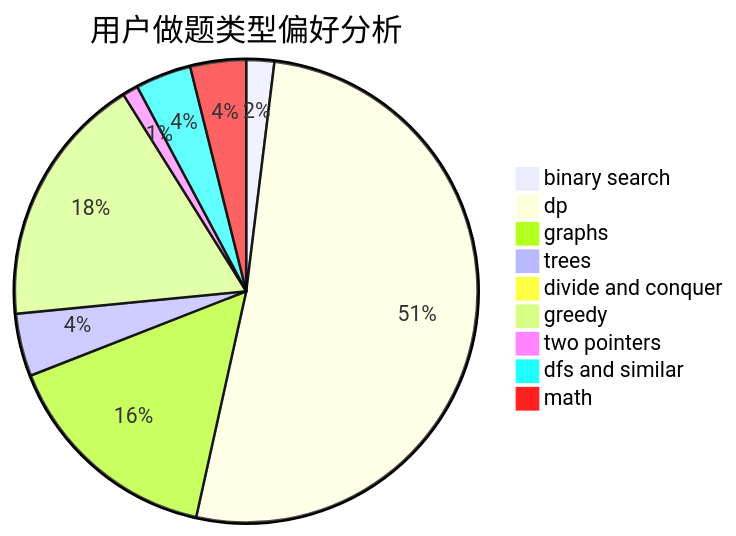
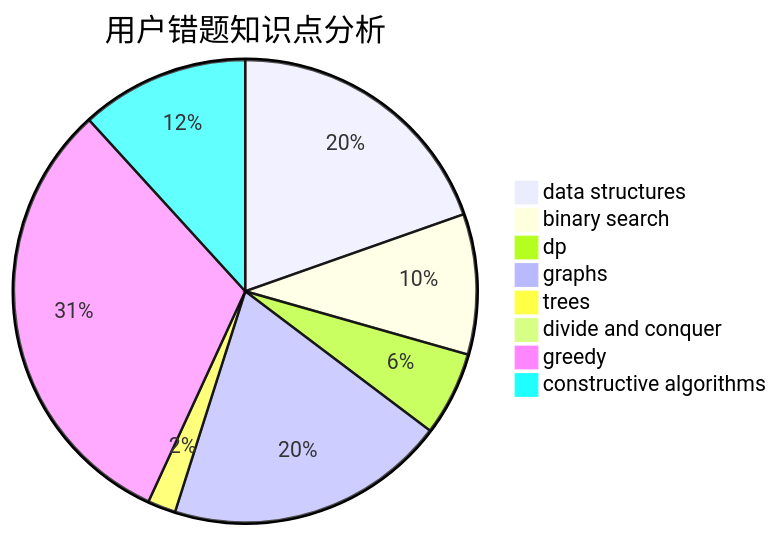
The third of 3 diagrams in docs/user/u687.md (sherpahu/cfrs.github.io), drawn with Mermaid before and after one commit. The commit also changed other lines of this file and 2775 other files, not shown here.

````diff
--- a/docs/user/u687.md
+++ b/docs/user/u687.md
@@ -23,12 +36,11 @@
 ```mermaid
-pie title 用户做题类型偏好分析
-    "binary search" :  16
-    "dp" :  423
-    "graphs" :  128
-    "trees" :  36
-    "divide and conquer" :  1
-    "greedy" :  145
-    "two pointers" :  9
-    "dfs and similar" :  32
-    "math" :  32
+pie title 用户错题知识点分析
+    "data structures" :  10
+    "binary search" :  5
+    "dp" :  3
+    "graphs" :  10
+    "trees" :  1
+    "divide and conquer" :  0
+    "greedy" :  16
+    "constructive algorithms" :  6
 ```
````
